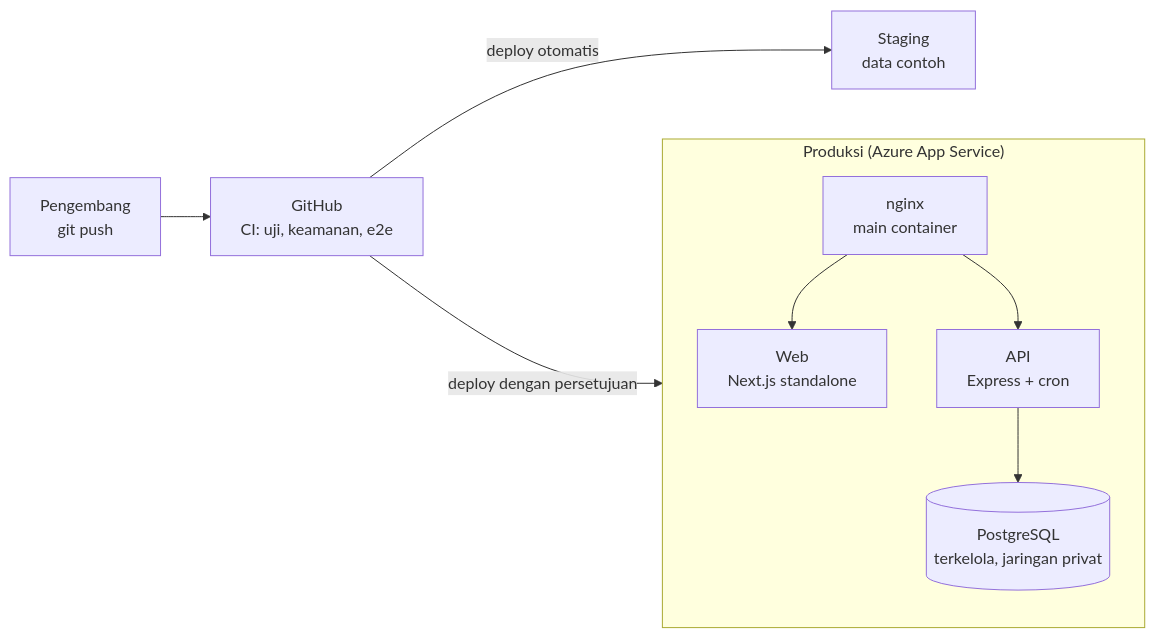
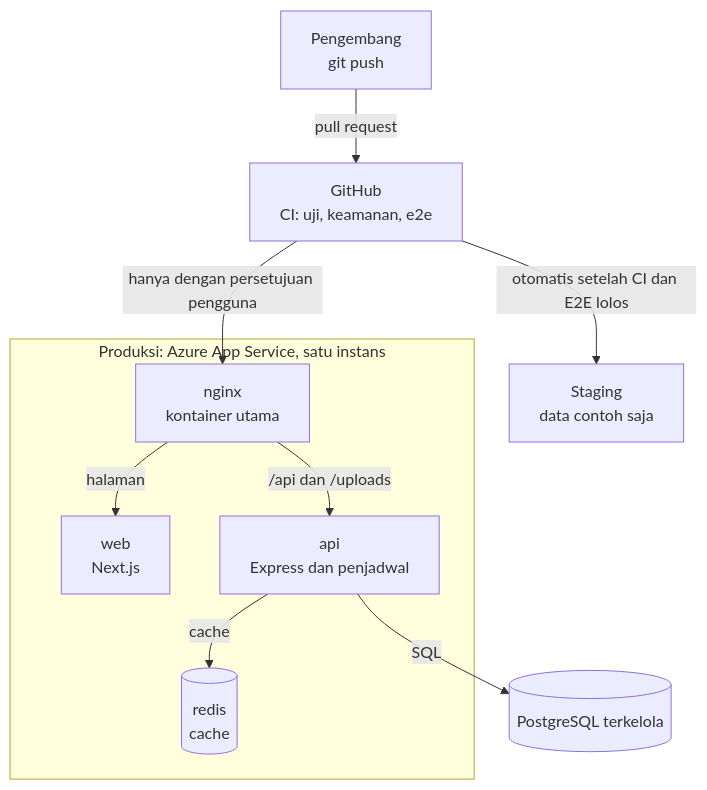
The tenth of 11 diagrams in docs/dokumen-aplikasi/dokumen-teknis-cipansor.md (ypcipansor/cipansor), drawn with Mermaid before and after one commit. The commit also changed other lines of this file and 68 other files, not shown here.

````diff
--- a/docs/dokumen-aplikasi/dokumen-teknis-cipansor.md
+++ b/docs/dokumen-aplikasi/dokumen-teknis-cipansor.md
@@ -408,16 +454,18 @@
 ```mermaid
-%% caption: Penempatan — dari kode sampai produksi
-flowchart LR
-  Dev["Pengembang<br/>git push"] --> GH["GitHub<br/>CI: uji, keamanan, e2e"]
-  GH -->|"deploy otomatis"| Stg["Staging<br/>data contoh"]
-  GH -->|"deploy dengan persetujuan"| Prod["Produksi"]
-  subgraph Prod["Produksi (Azure App Service)"]
-    W["Web<br/>Next.js standalone"]
-    A["API<br/>Express + cron"]
-    N["nginx<br/>main container"]
-    D[("PostgreSQL<br/>terkelola, jaringan privat")]
+%% caption: Penempatan — dari kode sampai staging dan produksi
+flowchart TB
+  Dev["Pengembang<br/>git push"] -->|"pull request"| GH["GitHub<br/>CI: uji, keamanan, e2e"]
+  GH -->|"otomatis setelah CI dan E2E lolos"| Stg["Staging<br/>data contoh saja"]
+  GH -->|"hanya dengan persetujuan pengguna"| N
+  subgraph ProdSet["Produksi: Azure App Service, satu instans"]
+    N["nginx<br/>kontainer utama"]
+    W["web<br/>Next.js"]
+    A["api<br/>Express dan penjadwal"]
+    R[("redis<br/>cache")]
   end
-  N --> W
-  N --> A
-  A --> D
+  D[("PostgreSQL terkelola")]
+  N -->|"halaman"| W
+  N -->|"/api dan /uploads"| A
+  A -->|"cache"| R
+  A -->|"SQL"| D
 ```
````
